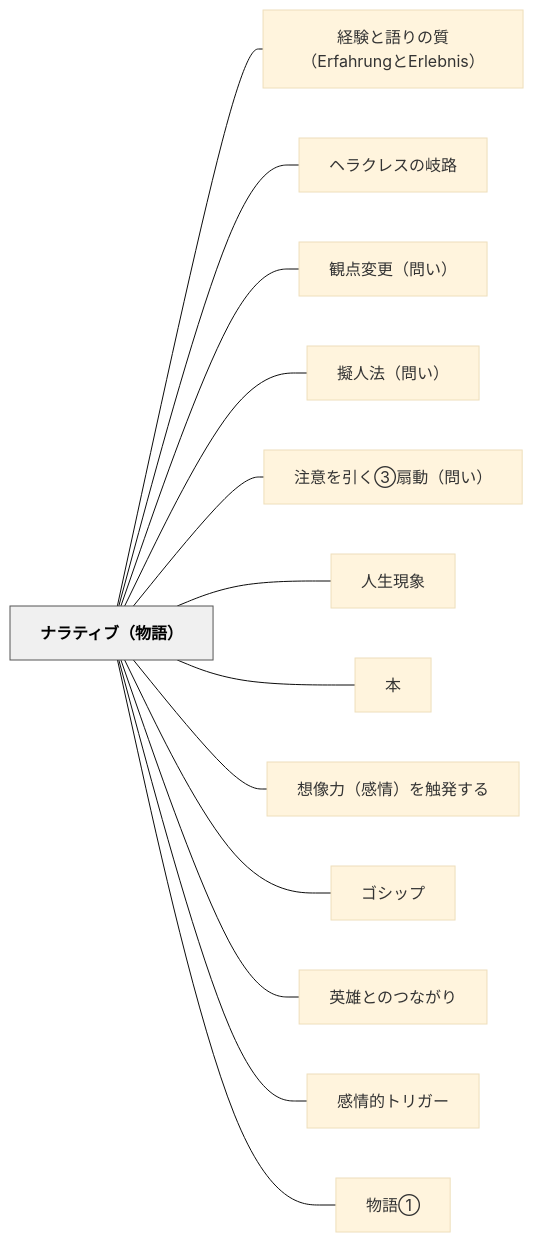
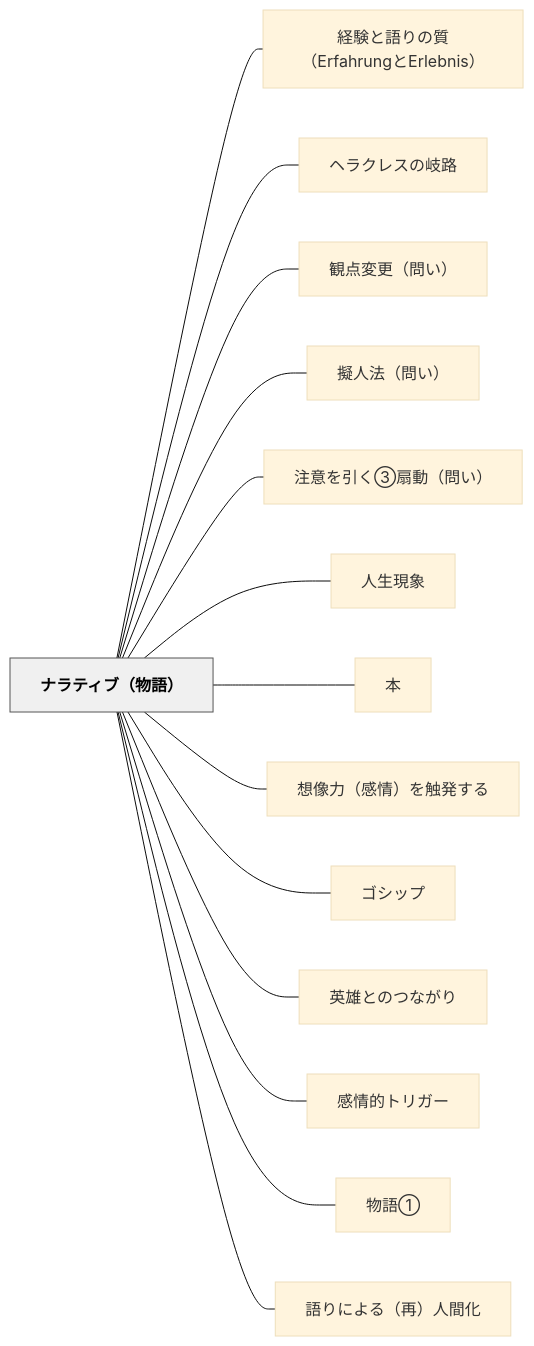
Before and after one commit to unknownthings-ed-patterns/unknownthings-ed-patterns: the diagram in content/パタン/ナラティブ（物語）.md, drawn with Mermaid (base theme). The commit also changed other lines of this file and 10 other files, not shown here.

````diff
--- a/content/パタン/ナラティブ（物語）.md
+++ b/content/パタン/ナラティブ（物語）.md
@@ -124,32 +131,34 @@
 ```mermaid
 flowchart LR
     ne3838ae383a9e38386e382a3e38396efbc88e789a9e8aa9eefbc89["ナラティブ（物語）"]
     ne7b58ce9a893e381a8e8aa9ee3828ae381aee8b3aaefbc88457266616872756e67e381a845726c65626e6973efbc89["経験と語りの質（ErfahrungとErlebnis）"]
     ne38398e383a9e382afe383ace382b9e381aee5b290e8b7af["ヘラクレスの岐路"]
     ne8a6b3e782b9e5a489e69bb4efbc88e5958fe38184efbc89["観点変更（問い）"]
     ne693ace4babae6b395efbc88e5958fe38184efbc89["擬人法（問い）"]
     ne6b3a8e6848fe38292e5bc95e3818fe291a2e68987e58b95efbc88e5958fe38184efbc89["注意を引く③扇動（問い）"]
     ne4babae7949fe78fbee8b1a1["人生現象"]
     ne69cac["本"]
     ne683b3e5838fe58a9befbc88e6849fe68385efbc89e38292e8a7a6e799bae38199e3828b["想像力（感情）を触発する"]
     ne382b4e382b7e38383e38397["ゴシップ"]
     ne88bb1e99b84e381a8e381aee381a4e381aae3818ce3828a["英雄とのつながり"]
     ne6849fe68385e79a84e38388e383aae382ace383bc["感情的トリガー"]
     ne789a9e8aa9ee291a0["物語①"]
+    ne8aa9ee3828ae381abe38288e3828befbc88e5868defbc89e4babae99693e58c96["語りによる（再）人間化"]
 
     ne3838ae383a9e38386e382a3e38396efbc88e789a9e8aa9eefbc89 --- ne7b58ce9a893e381a8e8aa9ee3828ae381aee8b3aaefbc88457266616872756e67e381a845726c65626e6973efbc89
     ne3838ae383a9e38386e382a3e38396efbc88e789a9e8aa9eefbc89 --- ne38398e383a9e382afe383ace382b9e381aee5b290e8b7af
     ne3838ae383a9e38386e382a3e38396efbc88e789a9e8aa9eefbc89 --- ne8a6b3e782b9e5a489e69bb4efbc88e5958fe38184efbc89
     ne3838ae383a9e38386e382a3e38396efbc88e789a9e8aa9eefbc89 --- ne693ace4babae6b395efbc88e5958fe38184efbc89
     ne3838ae383a9e38386e382a3e38396efbc88e789a9e8aa9eefbc89 --- ne6b3a8e6848fe38292e5bc95e3818fe291a2e68987e58b95efbc88e5958fe38184efbc89
     ne3838ae383a9e38386e382a3e38396efbc88e789a9e8aa9eefbc89 --- ne4babae7949fe78fbee8b1a1
     ne3838ae383a9e38386e382a3e38396efbc88e789a9e8aa9eefbc89 --- ne69cac
     ne3838ae383a9e38386e382a3e38396efbc88e789a9e8aa9eefbc89 --- ne683b3e5838fe58a9befbc88e6849fe68385efbc89e38292e8a7a6e799bae38199e3828b
     ne3838ae383a9e38386e382a3e38396efbc88e789a9e8aa9eefbc89 --- ne382b4e382b7e38383e38397
     ne3838ae383a9e38386e382a3e38396efbc88e789a9e8aa9eefbc89 --- ne88bb1e99b84e381a8e381aee381a4e381aae3818ce3828a
     ne3838ae383a9e38386e382a3e38396efbc88e789a9e8aa9eefbc89 --- ne6849fe68385e79a84e38388e383aae382ace383bc
     ne3838ae383a9e38386e382a3e38396efbc88e789a9e8aa9eefbc89 --- ne789a9e8aa9ee291a0
+    ne3838ae383a9e38386e382a3e38396efbc88e789a9e8aa9eefbc89 --- ne8aa9ee3828ae381abe38288e3828befbc88e5868defbc89e4babae99693e58c96
 
     classDef hub fill:#f0f0f0,stroke:#555,color:#000,font-weight:bold
     class ne3838ae383a9e38386e382a3e38396efbc88e789a9e8aa9eefbc89 hub
 ```
````
